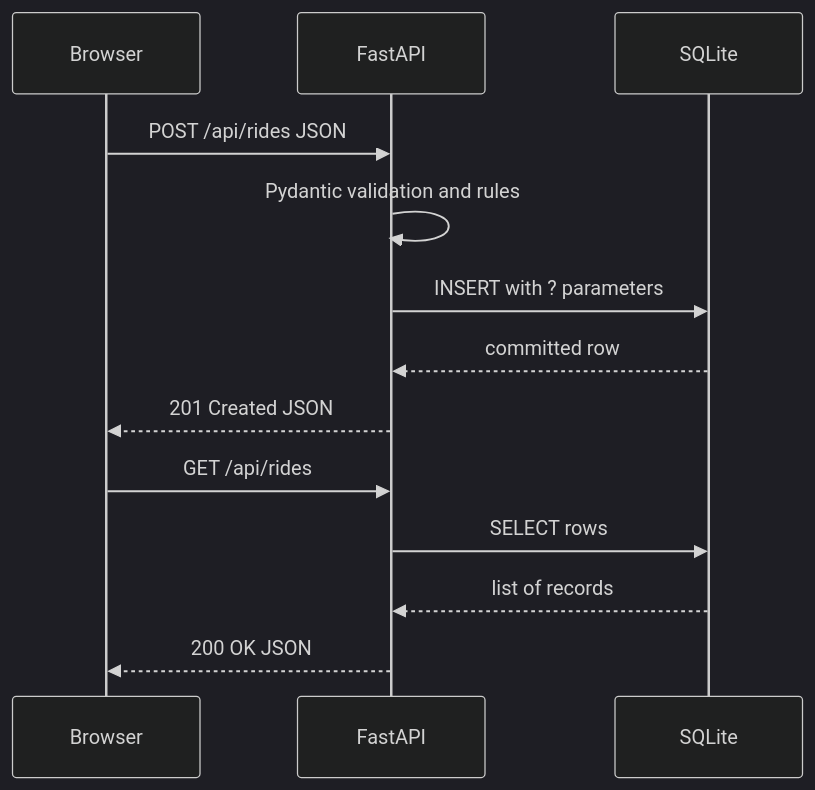
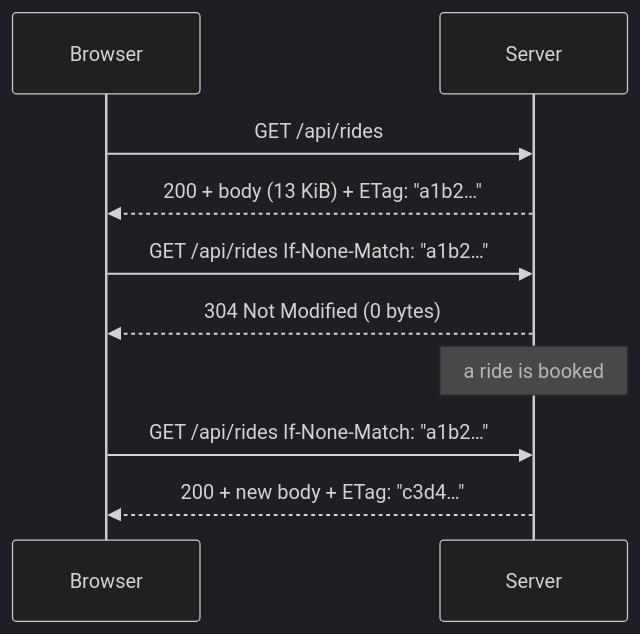
Diagram 20 of 22 in docs/WEB_TECHNOLOGY.md (FUllSCIPTS/ATLAS), drawn with Mermaid (dark theme) before and after one commit. The commit also changed other lines of this file and 2 other files, not shown here.

````diff
--- a/docs/WEB_TECHNOLOGY.md
+++ b/docs/WEB_TECHNOLOGY.md
@@ -443,15 +1268,12 @@
-```mermaid
+~~~mermaid
 sequenceDiagram
- participant Browser
- participant FastAPI
- participant SQLite
- Browser->>FastAPI: POST /api/rides JSON
- FastAPI->>FastAPI: Pydantic validation and rules
- FastAPI->>SQLite: INSERT with ? parameters
- SQLite-->>FastAPI: committed row
- FastAPI-->>Browser: 201 Created JSON
- Browser->>FastAPI: GET /api/rides
- FastAPI->>SQLite: SELECT rows
- SQLite-->>FastAPI: list of records
- FastAPI-->>Browser: 200 OK JSON
-```
+ participant B as Browser
+ participant S as Server
+ B->>S: GET /api/rides
+ S-->>B: 200 + body (13 KiB) + ETag: "a1b2…"
+ B->>S: GET /api/rides  If-None-Match: "a1b2…"
+ S-->>B: 304 Not Modified (0 bytes)
+ Note over S: a ride is booked
+ B->>S: GET /api/rides  If-None-Match: "a1b2…"
+ S-->>B: 200 + new body + ETag: "c3d4…"
+~~~
````
